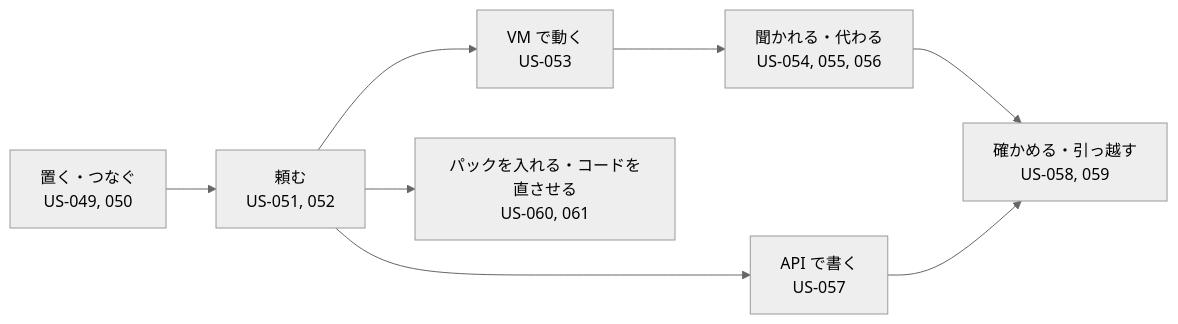
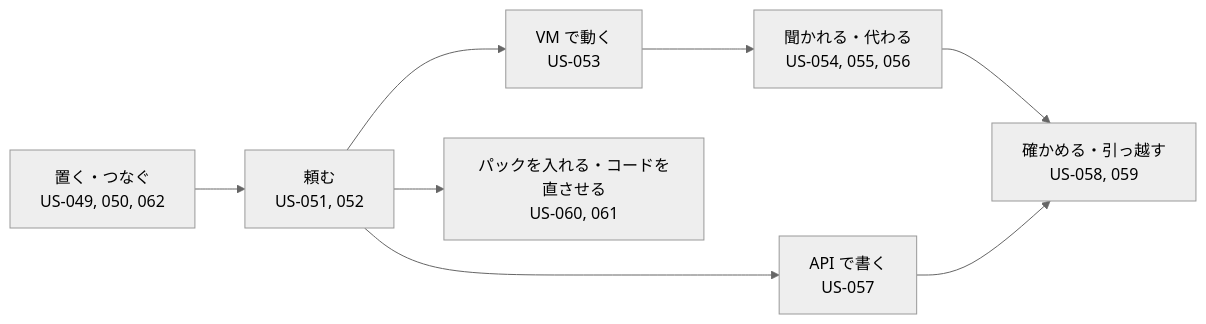
The diagram in docs/design/02_user_stories.md (itiwoja/agent-team), drawn with Mermaid (neutral theme) before and after one commit. The commit also changed other lines of this file and 15 other files, not shown here.

````diff
--- a/docs/design/02_user_stories.md
+++ b/docs/design/02_user_stories.md
@@ -13,10 +13,10 @@
 ```mermaid
 flowchart LR
- A["置く・つなぐ<br/>US-049, 050"] --> B["頼む<br/>US-051, 052"]
+ A["置く・つなぐ<br/>US-049, 050, 062"] --> B["頼む<br/>US-051, 052"]
  B --> C["VM で動く<br/>US-053"]
  C --> D["聞かれる・代わる<br/>US-054, 055, 056"]
  B --> E["API で書く<br/>US-057"]
  B --> G["パックを入れる・コードを直させる<br/>US-060, 061"]
  D --> F["確かめる・引っ越す<br/>US-058, 059"]
  E --> F
 ```
````
